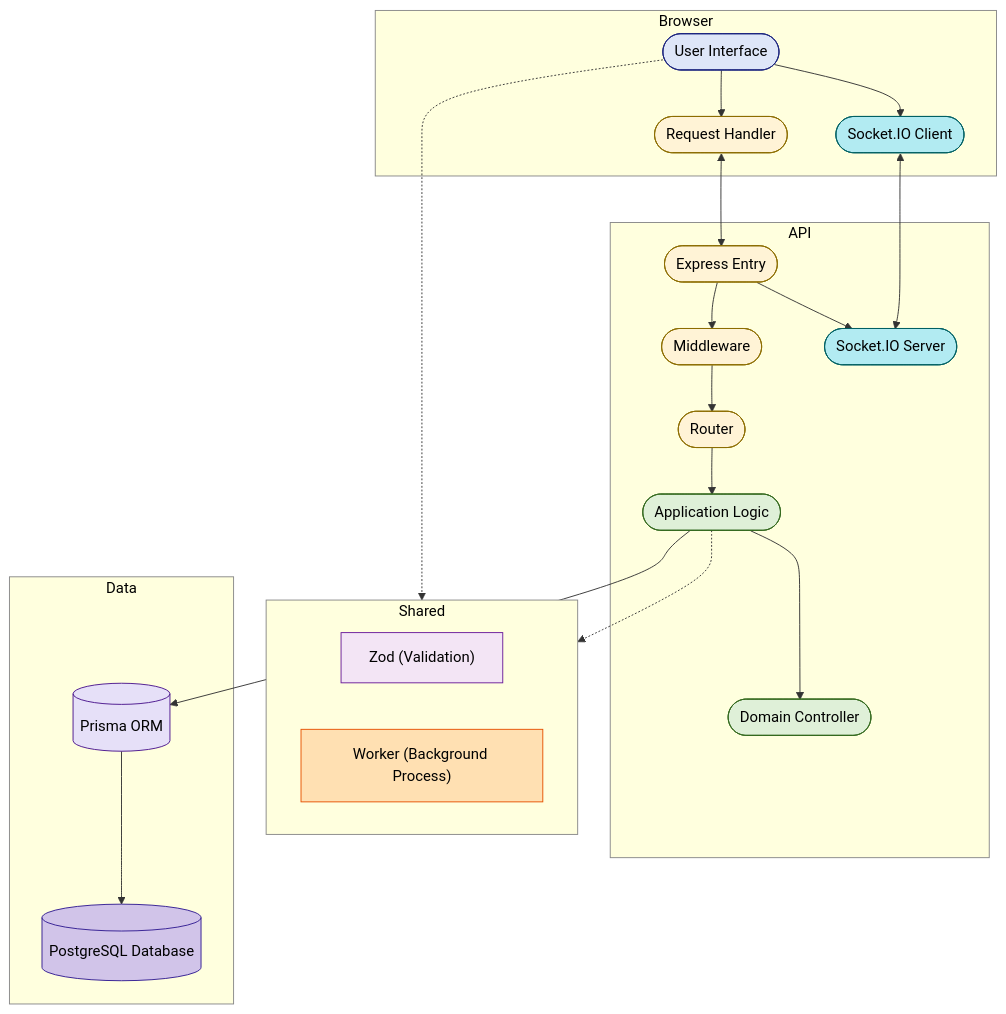
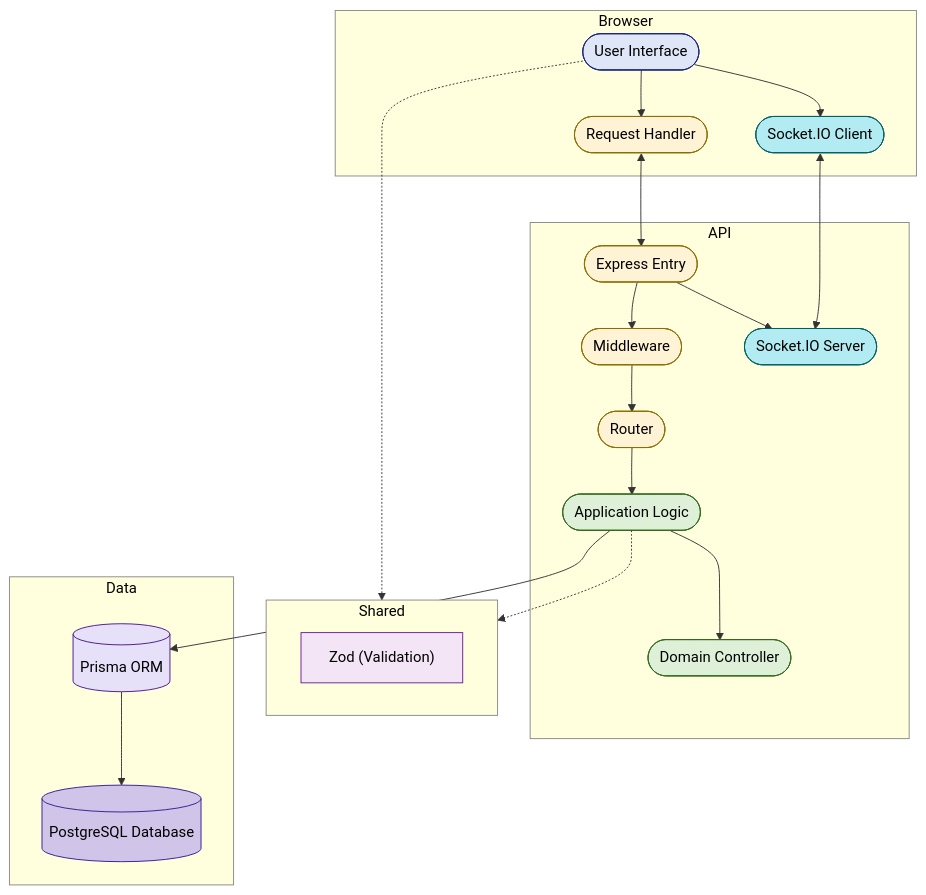
One commit to Jahsminemma/priority-soft-assessment changed the diagram in docs/README.md. Above: the diagram before and after it, drawn with Mermaid. The commit also changed other lines of this file, not shown here.

````diff
--- a/docs/README.md
+++ b/docs/README.md
@@ -66,59 +54,57 @@
 ```mermaid
 flowchart TB
   %% Browser layer
   subgraph Browser
     UI(["User Interface"]):::ui
     RQ(["Request Handler"]):::component
     SIOc(["Socket.IO Client"]):::socket
     UI --> RQ
     UI --> SIOc
   end
 
   %% Shared layer
   subgraph Shared
     Zod["Zod (Validation)"]:::lib
-    WK["Worker (Background Process)"]:::worker
   end
 
   %% API layer
   subgraph API
     EXP(["Express Entry"]):::component
     MW(["Middleware"]):::component
     RT(["Router"]):::component
     APP(["Application Logic"]):::logic
     DOM(["Domain Controller"]):::logic
     SIOs(["Socket.IO Server"]):::socket
     EXP --> MW --> RT --> APP --> DOM
     EXP --> SIOs
   end
 
   %% Data layer
   subgraph Data
     PR[(Prisma ORM)]:::storage
     PG[("PostgreSQL Database")]:::database
     PR --> PG
   end
 
   %% Interactions
   RQ <--> EXP
   SIOc <--> SIOs
   APP --> PR
   UI -.-> Shared
   APP -.-> Shared
 
   %% Styles (balanced for both light & dark themes)
   classDef ui fill:#dee6f8,stroke:#1a237e,stroke-width:1px,color:#000;
   classDef component fill:#fff3d6,stroke:#8c6d00,stroke-width:1px,color:#000;
   classDef logic fill:#dff0d8,stroke:#33691e,stroke-width:1px,color:#000;
   classDef storage fill:#e6e0f8,stroke:#4a148c,stroke-width:1px,color:#000;
   classDef database fill:#d1c4e9,stroke:#311b92,stroke-width:1px,color:#000;
-  classDef worker fill:#ffe0b2,stroke:#e65100,stroke-width:1px,color:#000;
   classDef lib fill:#f3e5f5,stroke:#6a1b9a,stroke-width:1px,color:#000;
   classDef socket fill:#b2ebf2,stroke:#006064,stroke-width:1px,color:#000;
 
   %% Global default style to ensure text visible in both modes
   style Browser stroke:#888,color:#000;
   style API stroke:#888,color:#000;
   style Shared stroke:#888,color:#000;
   style Data stroke:#888,color:#000;
 ```
````
